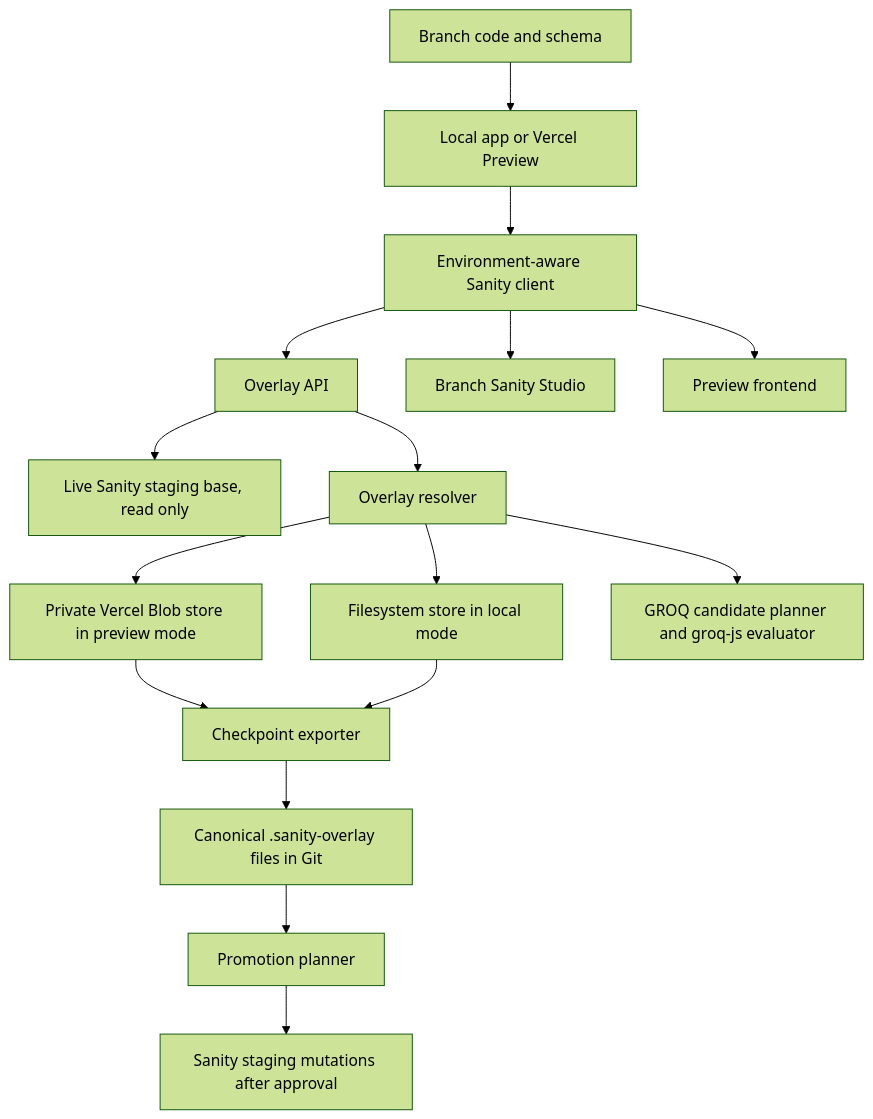
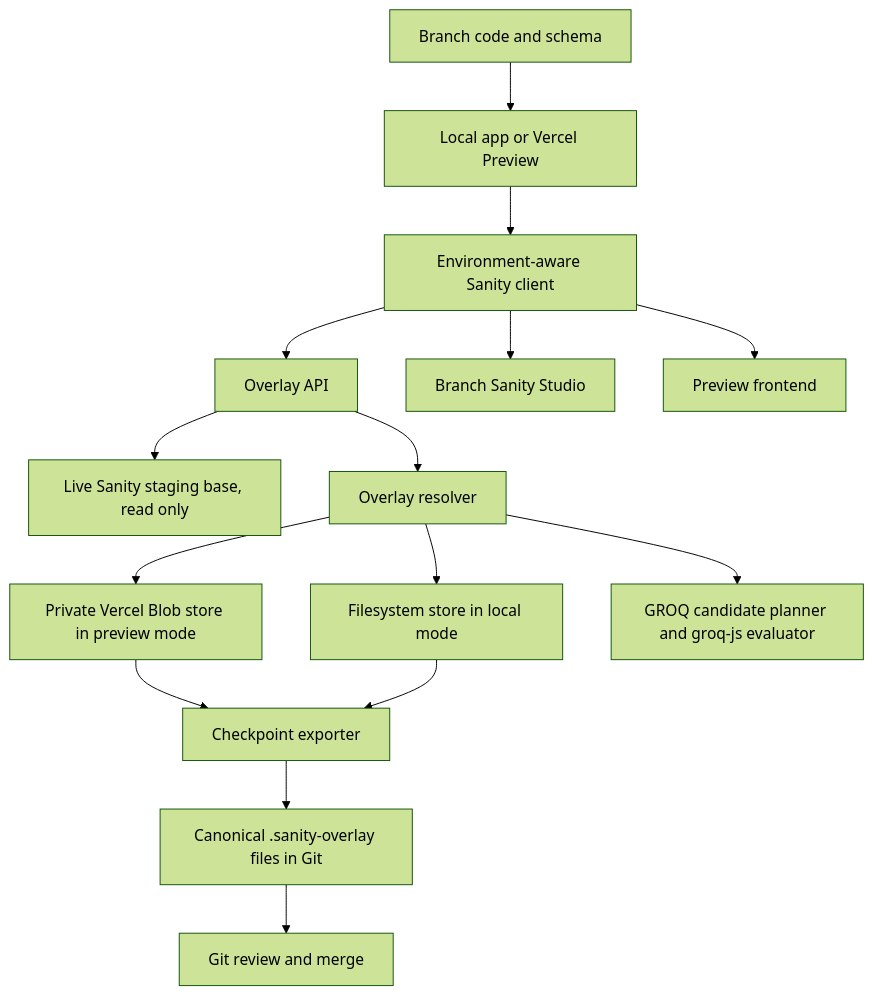
One commit to planetary/sanity-dataset-simulator changed the first of 2 diagrams in docs/PRD-v1.md. Above: the diagram before and after it, drawn with Mermaid (forest theme). The commit also changed other lines of this file and 79 other files, not shown here.

````diff
--- a/docs/PRD-v1.md
+++ b/docs/PRD-v1.md
@@ -459,18 +523,17 @@
 ```mermaid
 flowchart TD
     A[Branch code and schema] --> B[Local app or Vercel Preview]
     B --> C[Environment-aware Sanity client]
     C --> D[Overlay API]
     D --> E[Live Sanity staging base, read only]
     D --> F[Overlay resolver]
     F --> G[Filesystem store in local mode]
     F --> H[Private Vercel Blob store in preview mode]
     F --> I[GROQ candidate planner and groq-js evaluator]
     C --> J[Branch Sanity Studio]
     C --> K[Preview frontend]
     H --> L[Checkpoint exporter]
     G --> L
     L --> M[Canonical .sanity-overlay files in Git]
-    M --> N[Promotion planner]
-    N --> O[Sanity staging mutations after approval]
+    M --> N[Git review and merge]
 ```
````
